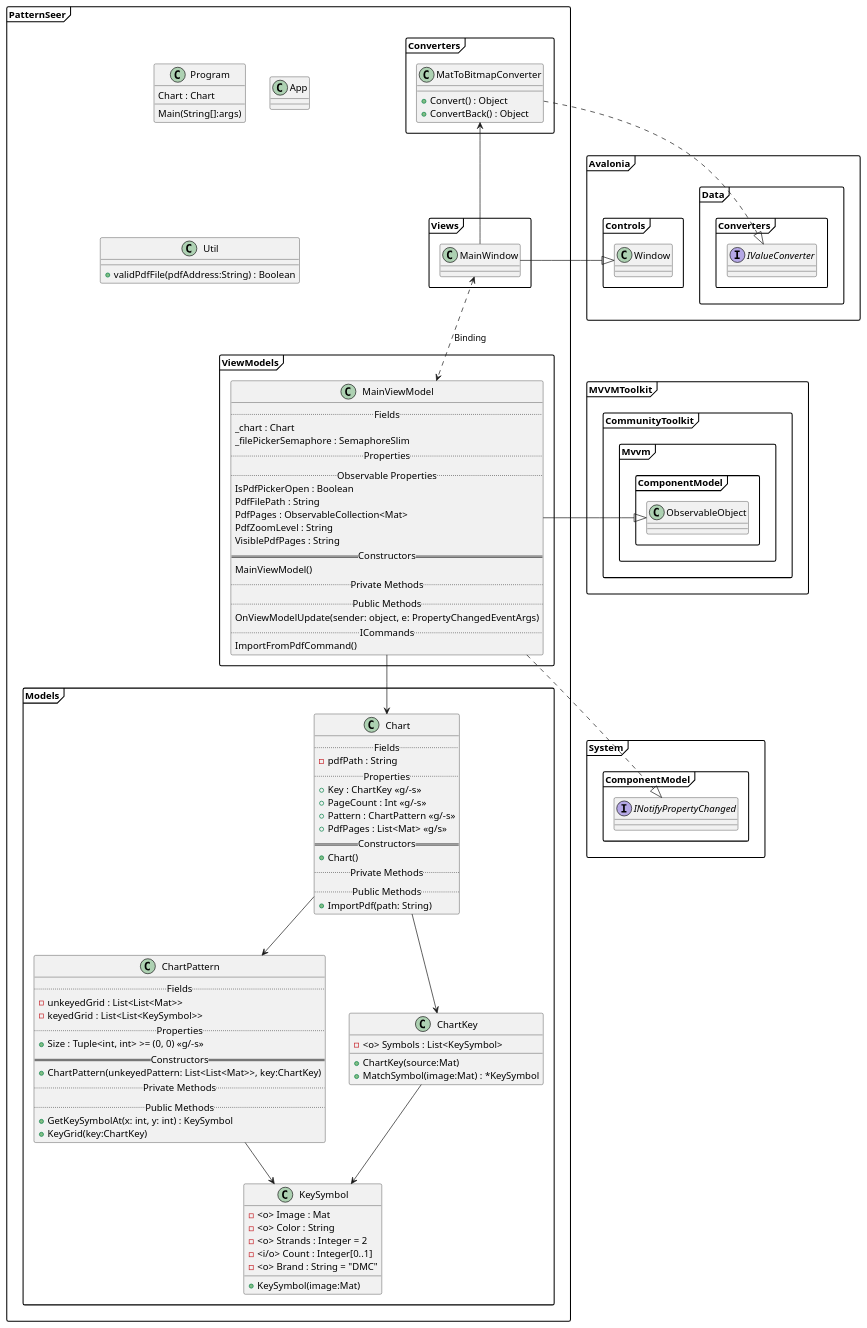
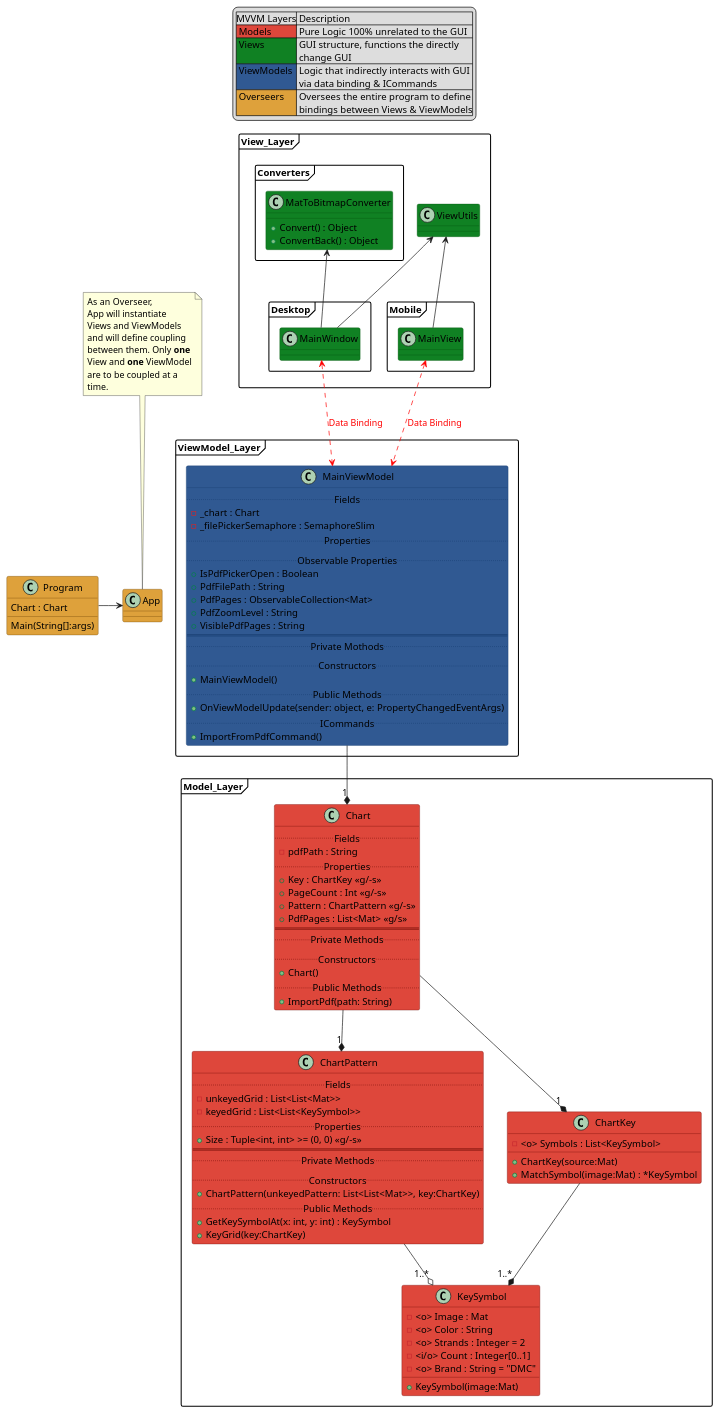
Before and after one commit to Badwolf369/Cross-Stitch-PDF-to-OXS-Converter: the diagram in doc/classes.md, drawn with PlantUML.

Commit message:
Update class diagram

```diff
--- a/doc/classes.md
+++ b/doc/classes.md
@@ -1,42 +1,32 @@
 @startuml
 skinparam packageStyle Frame
 
+legend top
+    |MVVM Layers| Description|
+    |<#DE473B> Models| Pure Logic 100% unrelated to the GUI|
+    |<#108123> Views| GUI structure, functions the directly\n change GUI|
+    |<#305992> ViewModels| Logic that indirectly interacts with GUI\n via data binding & ICommands|
+    |<#DEA13B> Overseers| Oversees the entire program to define\n bindings between Views & ViewModels|
+endlegend
 
-package Avalonia {
-    interface Data.Converters.IValueConverter {}
-    class Controls.Window {}
+class Program #DEA13B;line:6B4300 {
+    Chart : Chart
+    Main(String[]:args)
 }
+class App #DEA13B;line:6B4300 {}
+note top of App
+    As an Overseer,
+    App will instantiate
+    Views and ViewModels
+    and will define coupling
+    between them. Only <b>one</b>
+    View and <b>one</b> ViewModel
+    are to be coupled at a
+    time.
+end note
 
-package MVVMToolkit {
-    class CommunityToolkit.Mvvm.ComponentModel.ObservableObject {}
-}
-
-package System {
-    interface ComponentModel.INotifyPropertyChanged {}
-}
-
-package PatternSeer {
-    class Program {
-        Chart : Chart
-        Main(String[]:args)
-    }
-    class App {
-
-    }
-    class Util {
-        +validPdfFile(pdfAddress:String) : Boolean
-    }
-}
-
-package PatternSeer.Converters {
-    class MatToBitmapConverter {
-        +Convert() : Object
-        +ConvertBack() : Object
-    }
-}
-
-package PatternSeer.Models {
-    class Chart {
+package Model_Layer {
+    class Chart #DE473B;line:6B0800 {
         ..Fields..
         -pdfPath : String
         ..Properties..
@@ -44,31 +34,33 @@
         +PageCount : Int <<g/-s>>
         +Pattern : ChartPattern <<g/-s>>
         +PdfPages : List<Mat> <<g/s>>
-        ==Constructors==
+        ====
+        ..Private Methods..
+        ..Constructors..
         +Chart()
-        ..Private Methods..
         ..Public Methods..
         +ImportPdf(path: String)
     }
-    class ChartPattern {
+    class ChartPattern #DE473B;line:6B0800 {
         ..Fields..
         -unkeyedGrid : List<List<Mat>>
         -keyedGrid : List<List<KeySymbol>>
         ..Properties..
         +Size : Tuple<int, int> >= (0, 0) <<g/-s>>
-        ==Constructors==
+        ====
+        ..Private Methods..
+        ..Constructors..
         +ChartPattern(unkeyedPattern: List<List<Mat>>, key:ChartKey)
-        ..Private Methods..
         ..Public Methods..
         +GetKeySymbolAt(x: int, y: int) : KeySymbol
         +KeyGrid(key:ChartKey)
     }
-    class ChartKey {
+    class ChartKey #DE473B;line:6B0800 {
         -<o> Symbols : List<KeySymbol>
         +ChartKey(source:Mat)
         +MatchSymbol(image:Mat) : *KeySymbol
     }
-    class KeySymbol {
+    class KeySymbol #DE473B;line:6B0800 {
         -<o> Image : Mat
         -<o> Color : String
         -<o> Strands : Integer = 2
@@ -78,48 +70,55 @@
     }
 }
 
-package PatternSeer.ViewModels {
-    class MainViewModel {
+package ViewModel_Layer {
+    class MainViewModel #305992;line:163B6F {
         ..Fields..
-        _chart : Chart
-        _filePickerSemaphore : SemaphoreSlim
+        -_chart : Chart
+        -_filePickerSemaphore : SemaphoreSlim
         ..Properties..
         ..Observable Properties..
-        IsPdfPickerOpen : Boolean
-        PdfFilePath : String
-        PdfPages : ObservableCollection<Mat>
-        PdfZoomLevel : String
-        VisiblePdfPages : String
-        ==Constructors==
-        MainViewModel()
-        ..Private Methods..
+        +IsPdfPickerOpen : Boolean
+        +PdfFilePath : String
+        +PdfPages : ObservableCollection<Mat>
+        +PdfZoomLevel : String
+        +VisiblePdfPages : String
+        ====
+        ..Private Mothods..
+        ..Constructors..
+        +MainViewModel()
         ..Public Methods..
-        OnViewModelUpdate(sender: object, e: PropertyChangedEventArgs)
+        +OnViewModelUpdate(sender: object, e: PropertyChangedEventArgs)
         ..ICommands..
-        ImportFromPdfCommand()
+        +ImportFromPdfCommand()
     }
 }
 
-package PatternSeer.Views {
-    class MainWindow {}
+package View_Layer {
+    package Converters {
+        class MatToBitmapConverter #108123;line:00510E {
+            +Convert() : Object
+            +ConvertBack() : Object
+        }
+    }
+    class ViewUtils #108123;line:00510E {}
+    class Desktop.MainWindow #108123;line:00510E {}
+    class Mobile.MainView #108123;line:00510E {}
 }
 
-MatToBitmapConverter .|> IValueConverter
-
-MainViewModel --> Chart
-MainViewModel -|> ObservableObject
-MainViewModel ..|> INotifyPropertyChanged
-
-MainWindow -|> Window
-
-MainWindow <..> MainViewModel : Binding
-
-Chart --> ChartPattern
-Chart --> ChartKey
-ChartPattern --> KeySymbol
-ChartKey --> KeySymbol
-
+ViewUtils <-- MainView
+ViewUtils <-- MainWindow
 MatToBitmapConverter <-- MainWindow
 
+MainWindow <..> MainViewModel #line:red;text:red : Data Binding
+MainView <..> MainViewModel #line:red;text:red : Data Binding
+
+Program -> App
+App -[hidden] MainViewModel
+
+MainViewModel --* "1" Chart
+Chart --* "1" ChartPattern
+Chart --* "1" ChartKey
+ChartPattern --o "1..*" KeySymbol
+ChartKey --* "1..*" KeySymbol
 
 @enduml
```
